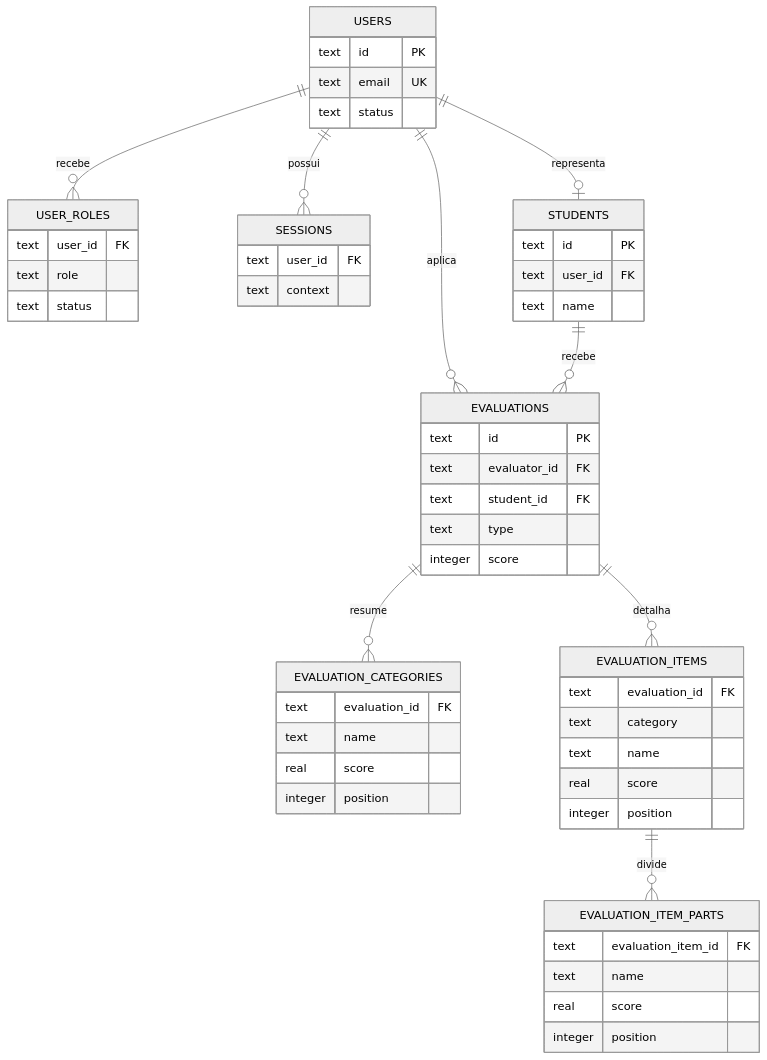
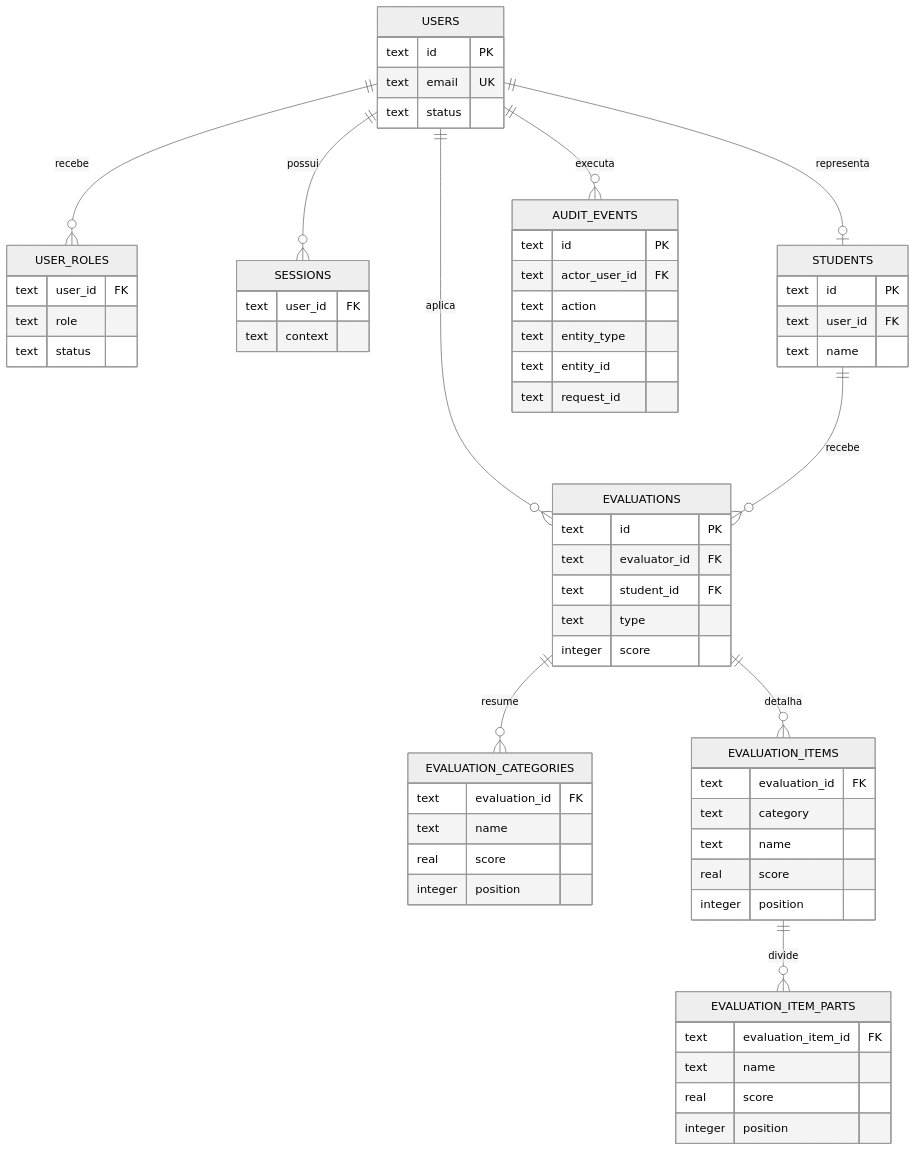
Before and after one commit to ArthurViniNunes/judo-exam-platform: the fourth of 4 diagrams in docs/architecture/README.md, drawn with Mermaid (neutral theme). The commit also changed other lines of this file and 16 other files, not shown here.

````diff
--- a/docs/architecture/README.md
+++ b/docs/architecture/README.md
@@ -106,57 +107,66 @@
 ```mermaid
 erDiagram
   USERS ||--o{ USER_ROLES : recebe
   USERS ||--o{ SESSIONS : possui
   USERS ||--o| STUDENTS : representa
   USERS ||--o{ EVALUATIONS : aplica
+  USERS ||--o{ AUDIT_EVENTS : executa
   STUDENTS ||--o{ EVALUATIONS : recebe
   EVALUATIONS ||--o{ EVALUATION_CATEGORIES : resume
   EVALUATIONS ||--o{ EVALUATION_ITEMS : detalha
   EVALUATION_ITEMS ||--o{ EVALUATION_ITEM_PARTS : divide
 
   USERS {
     text id PK
     text email UK
     text status
   }
   USER_ROLES {
     text user_id FK
     text role
     text status
   }
   SESSIONS {
     text user_id FK
     text context
   }
   STUDENTS {
     text id PK
     text user_id FK
     text name
   }
   EVALUATIONS {
     text id PK
     text evaluator_id FK
     text student_id FK
     text type
     integer score
   }
   EVALUATION_CATEGORIES {
     text evaluation_id FK
     text name
     real score
     integer position
   }
   EVALUATION_ITEMS {
     text evaluation_id FK
     text category
     text name
     real score
     integer position
   }
   EVALUATION_ITEM_PARTS {
     text evaluation_item_id FK
     text name
     real score
     integer position
   }
+  AUDIT_EVENTS {
+    text id PK
+    text actor_user_id FK
+    text action
+    text entity_type
+    text entity_id
+    text request_id
+  }
 ```
````
